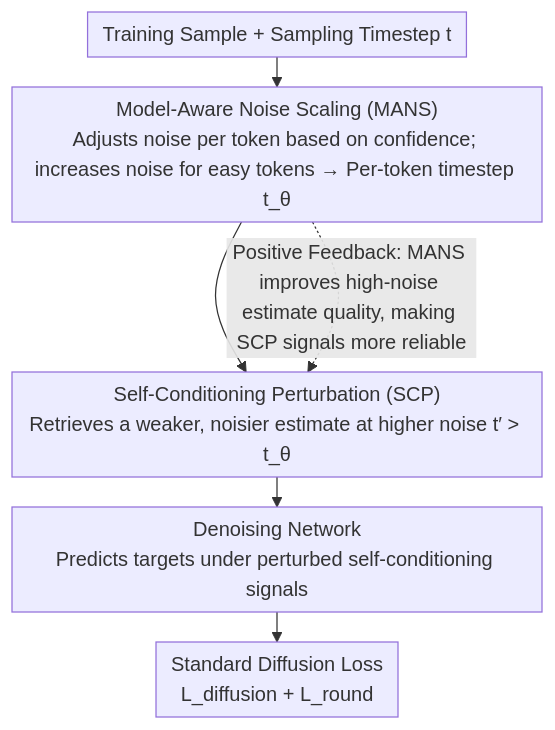
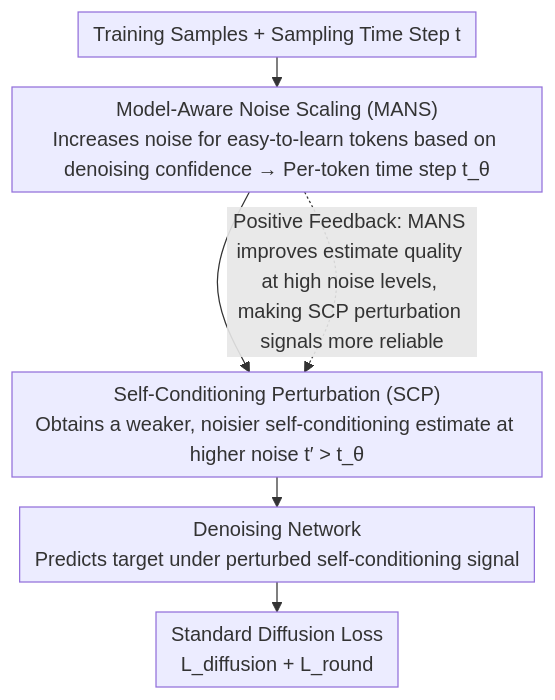
The diagram in docs/ACL2026/llm_nlp/fastdiss_few-step_match_many-step_diffusion_language_model_on_sequence-to-sequen.md (zhaoyang97/Paper-Notes-en), drawn with Mermaid before and after one commit. The commit also changed other lines of this file and 5084 other files, not shown here.

````diff
--- a/docs/ACL2026/llm_nlp/fastdiss_few-step_match_many-step_diffusion_language_model_on_sequence-to-sequen.md
+++ b/docs/ACL2026/llm_nlp/fastdiss_few-step_match_many-step_diffusion_language_model_on_sequence-to-sequen.md
@@ -44,9 +44,9 @@
 ```mermaid
 %%{init: {'flowchart': {'rankSpacing': 24, 'nodeSpacing': 28, 'padding': 6, 'wrappingWidth': 400}}}%%
 flowchart TD
-    A["Training Sample + Sampling Timestep t"] --> B["Model-Aware Noise Scaling (MANS)<br/>Adjusts noise per token based on confidence; increases noise for easy tokens → Per-token timestep t_θ"]
-    B --> C["Self-Conditioning Perturbation (SCP)<br/>Retrieves a weaker, noisier estimate at higher noise t′ > t_θ"]
-    C --> D["Denoising Network<br/>Predicts targets under perturbed self-conditioning signals"]
+    A["Training Samples + Sampling Time Step t"] --> B["Model-Aware Noise Scaling (MANS)<br/>Increases noise for easy-to-learn tokens based on denoising confidence → Per-token time step t_θ"]
+    B --> C["Self-Conditioning Perturbation (SCP)<br/>Obtains a weaker, noisier self-conditioning estimate at higher noise t′ > t_θ"]
+    C --> D["Denoising Network<br/>Predicts target under perturbed self-conditioning signal"]
     D --> E["Standard Diffusion Loss<br/>L_diffusion + L_round"]
-    B -.->|"Positive Feedback: MANS improves high-noise estimate quality, making SCP signals more reliable"| C
+    B -.->|"Positive Feedback: MANS improves estimate quality at high noise levels, making SCP perturbation signals more reliable"| C
 ```
````
